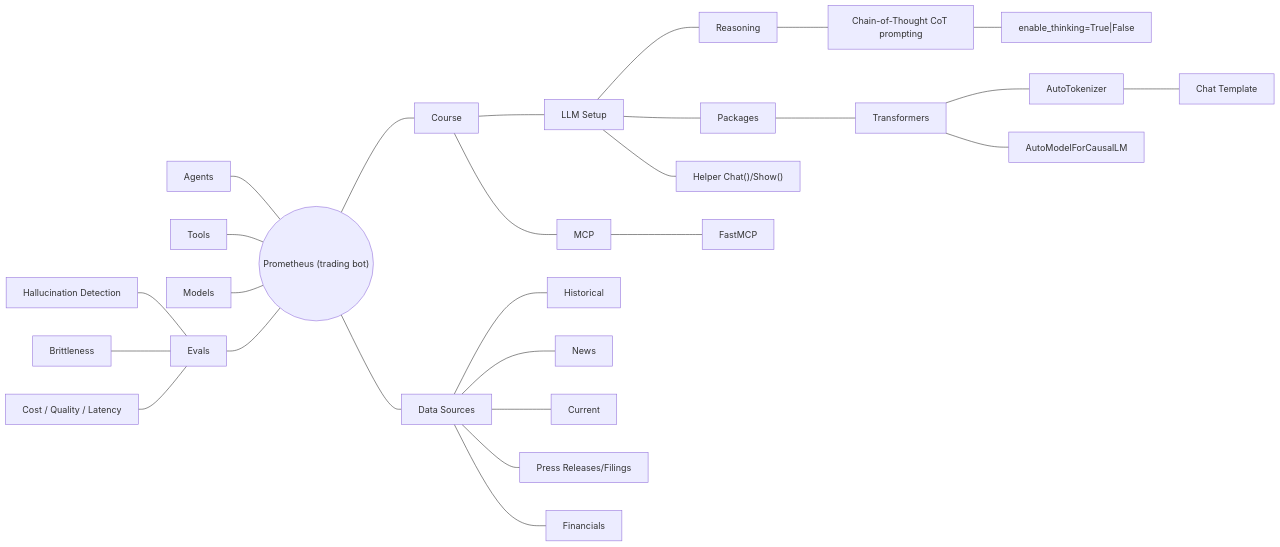
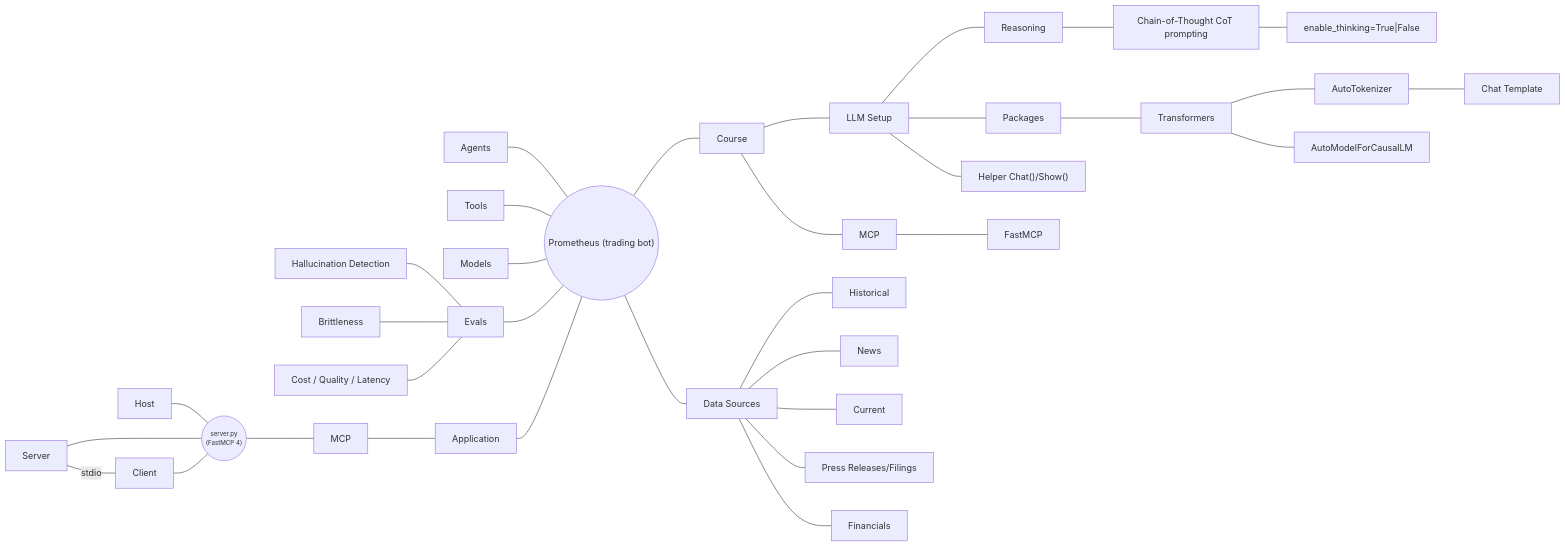
Before and after one commit to jpyrett/prometheus: the diagram in design/main.md, drawn with Mermaid. The commit also changed 5 other files, not shown here.

First line of the commit message:
Enhance design documentation and README for FastMCP project.

````diff
--- a/design/main.md
+++ b/design/main.md
@@ -3,29 +3,38 @@
 ```mermaid
 flowchart RL
     main(("Prometheus (trading bot)")) --- Agents
     main --- Tools
     main --- Models
     main --- evals[Evals]
     evals --- hall["Hallucination Detection"]
     evals --- Brittleness
     evals --- cost["Cost / Quality / Latency"]
+    main --- Application
+    Application --- appMcp[MCP]
+    appMcp --- server(("server.py<br/>(FastMCP 4)"))
+    server --- archHost[Host]
+    server --- archClient[Client]
+    server --- archServer[Server]
+    archClient ---|stdio| archServer
     Course --- main
+    classDef tightCircle font-size:11px
+    class server tightCircle
     llm["LLM Setup"] --- Course
     reasoning[Reasoning] --- llm
     cot["Chain-of-Thought CoT prompting"] --- reasoning
     thinking["enable_thinking=True|False"] --- cot
     packages[Packages] --- llm
     chatfn["Helper Chat()/Show()"] --- llm
     transformers[Transformers] --- packages
     tokenizer[AutoTokenizer] --- transformers
     chat["Chat Template"] --- tokenizer
     model[AutoModelForCausalLM] --- transformers
     MCP --- Course
     fast[FastMCP] --- MCP
     sources["Data Sources"] --- main
     Historical --- sources
     News --- sources
     Current --- sources
     filings["Press Releases/Filings"] --- sources
     Financials --- sources
 ```
````
